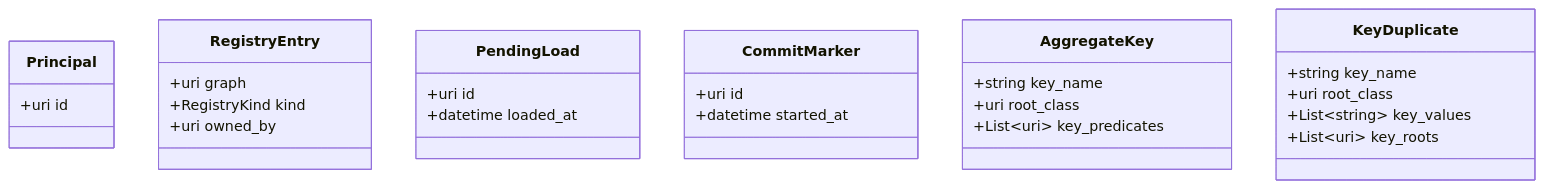
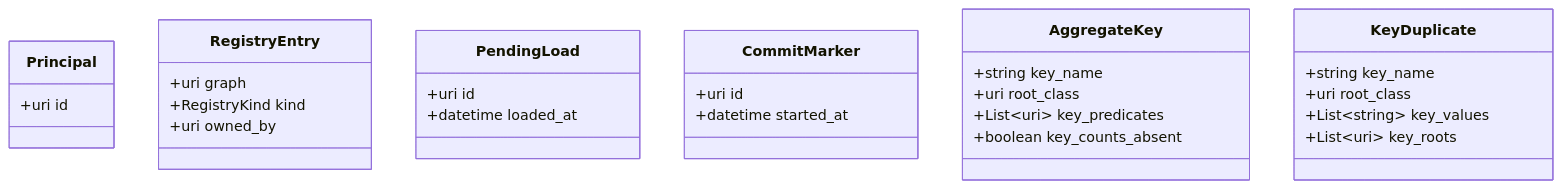
Before and after one commit to meaningfy-ws/rdf-persistence: the diagram in docs/modules/ROOT/partials/model/rp_core.mmd, drawn with Mermaid. The commit also changed 58 other files, not shown here.

First line of the commit message:
feat(schema): carry consider_nulls_inequal into AggregateKey

```diff
--- a/docs/modules/ROOT/partials/model/rp_core.mmd
+++ b/docs/modules/ROOT/partials/model/rp_core.mmd
@@ -1,28 +1,29 @@
 classDiagram
     class Principal {
         +uri id
     }
     class RegistryEntry {
         +uri graph
         +RegistryKind kind
         +uri owned_by
     }
     class PendingLoad {
         +uri id
         +datetime loaded_at
     }
     class CommitMarker {
         +uri id
         +datetime started_at
     }
     class AggregateKey {
         +string key_name
         +uri root_class
         +List~uri~ key_predicates
+        +boolean key_counts_absent
     }
     class KeyDuplicate {
         +string key_name
         +uri root_class
         +List~string~ key_values
         +List~uri~ key_roots
     }
```
